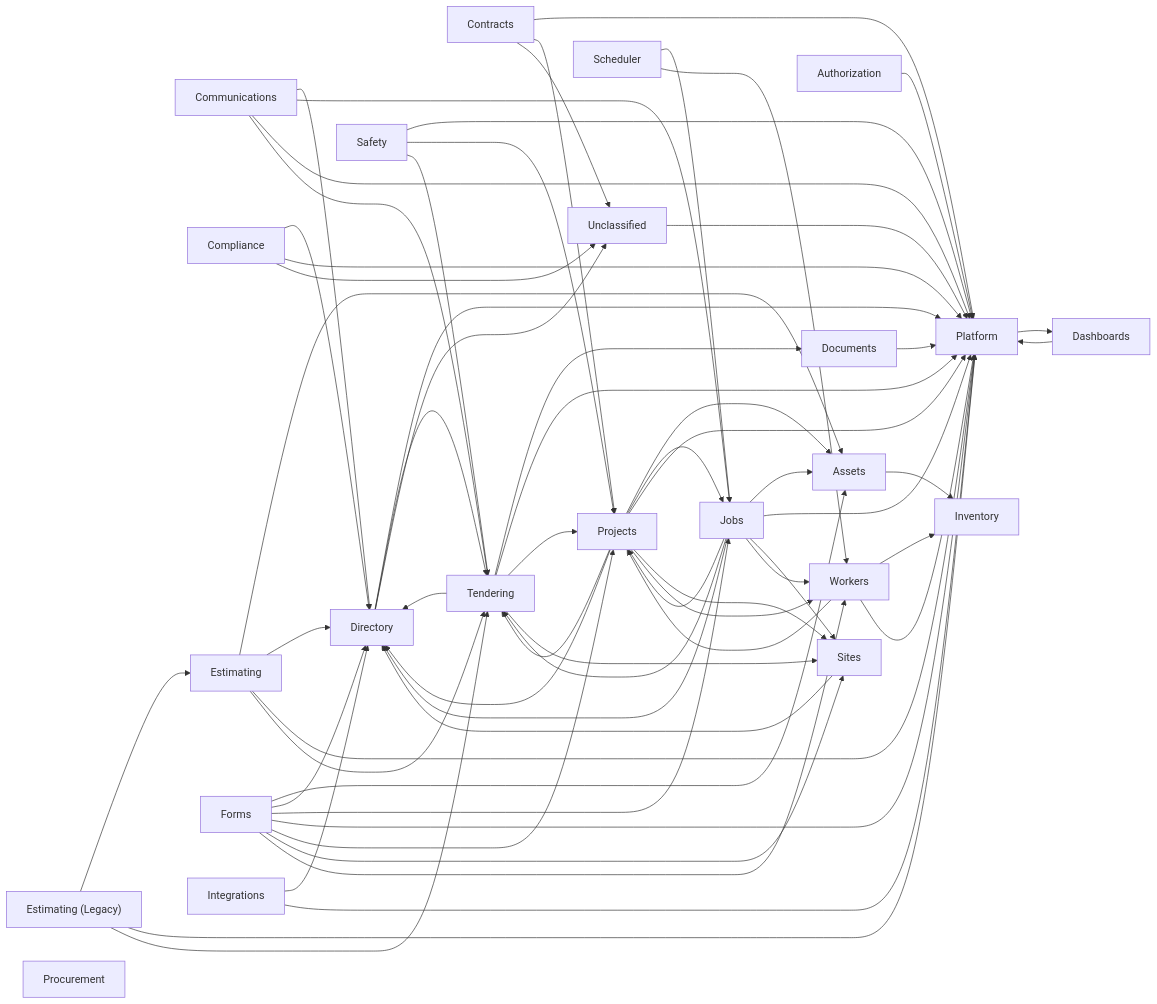
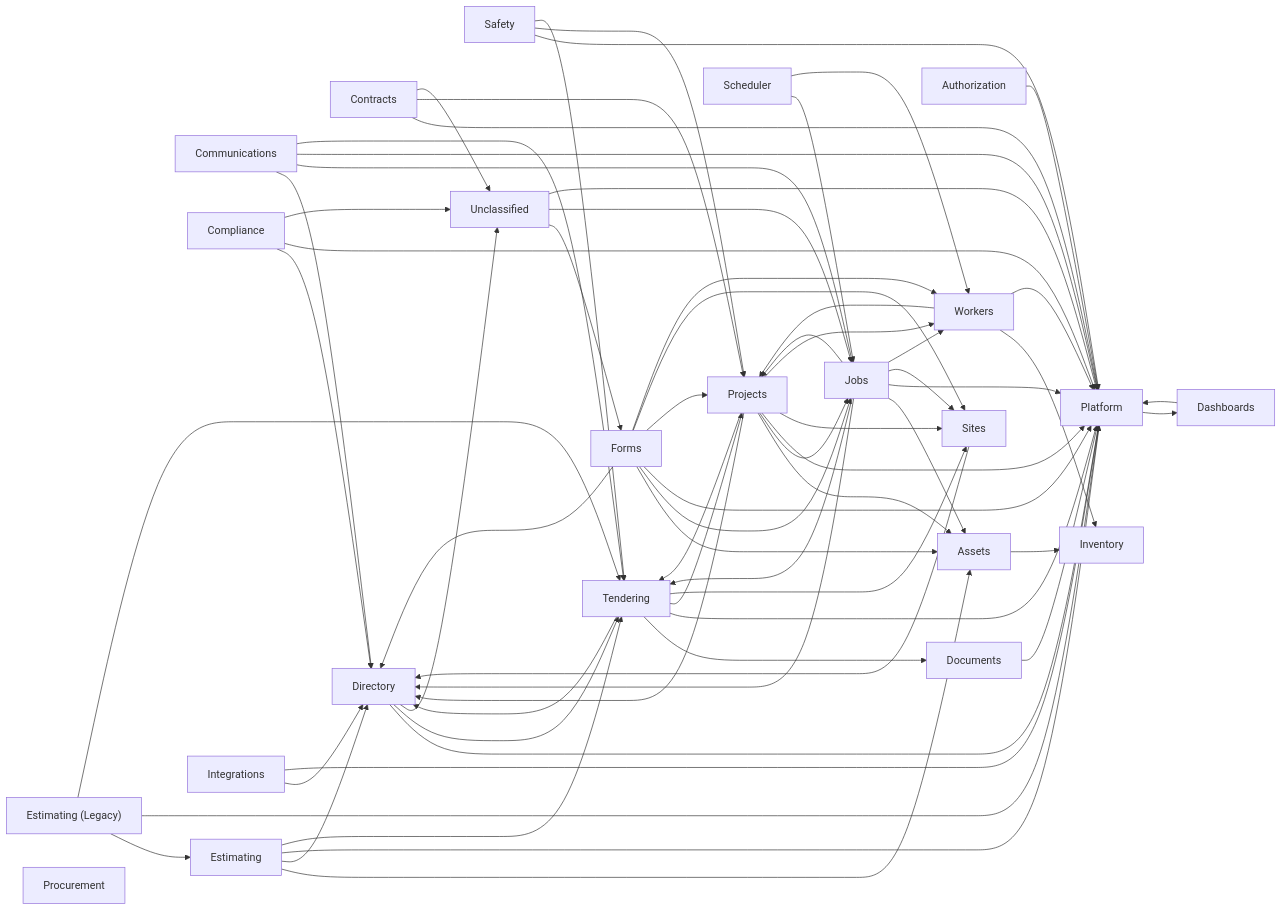
The diagram in docs/data-model/relationship-map.md (GH-Mantova/ProjectOperations), drawn with Mermaid before and after one commit. The commit also changed other lines of this file and 11 other files, not shown here.

```diff
--- a/docs/data-model/relationship-map.md
+++ b/docs/data-model/relationship-map.md
@@ -140,6 +140,8 @@
   tendering --> platform
   tendering --> projects
   tendering --> sites
+  unclassified --> forms
+  unclassified --> jobs
   unclassified --> platform
   workers --> inventory
   workers --> platform
```
